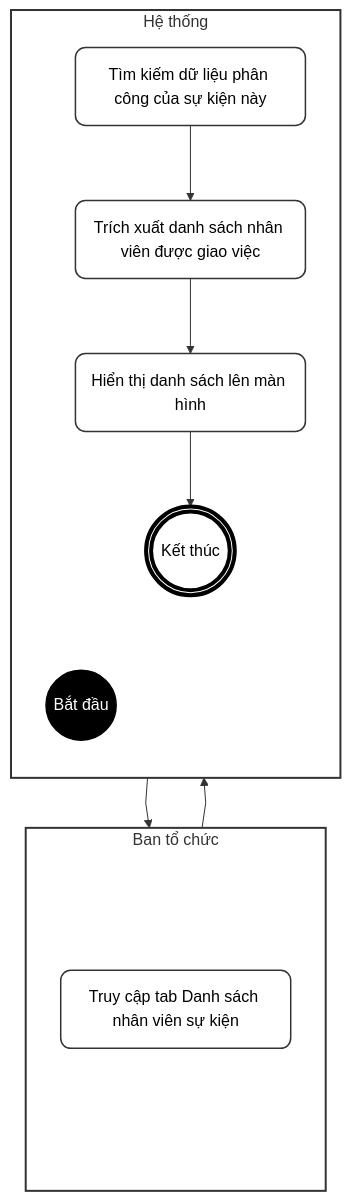
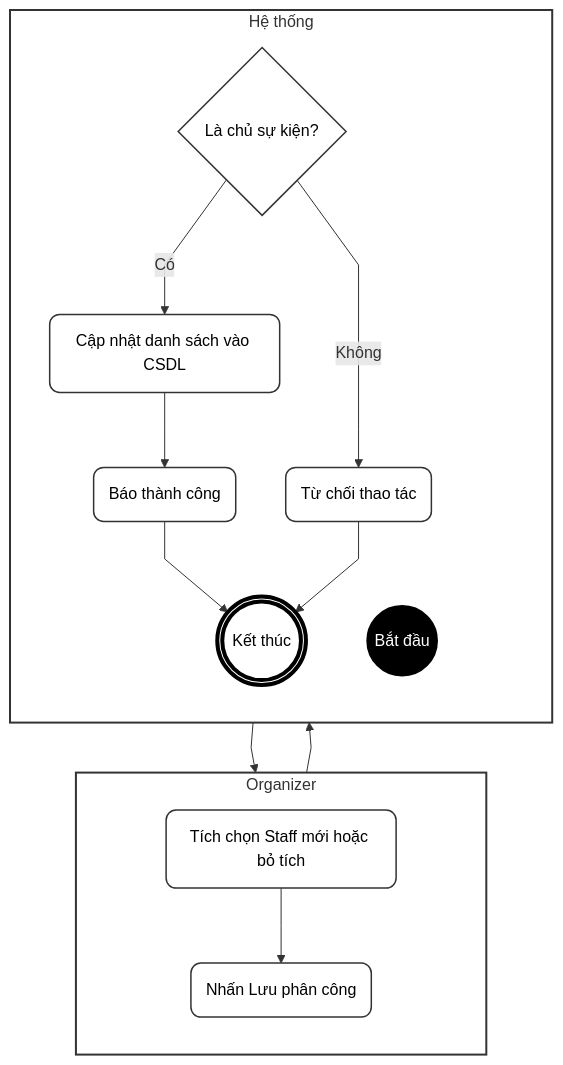
Before and after one commit to ChuDucAnh21/BE-quan-ly-su-kien: the diagram in doc/system_analysis/activity diagram/08c_activity_schedule_staff.md, drawn with Mermaid. The commit also changed other lines of this file and 14 other files, not shown here.

````diff
--- a/doc/system_analysis/activity diagram/08c_activity_schedule_staff.md
+++ b/doc/system_analysis/activity diagram/08c_activity_schedule_staff.md
@@ -66,44 +7,42 @@
 ```mermaid
 %%{init: {"flowchart": {"curve": "linear"}}}%%
 flowchart TD
     classDef default fill:#fff,stroke:#333,stroke-width:1.5px,color:#000,rx:10px,ry:10px;
     classDef startNode fill:#000,stroke:#000,color:#fff;
     classDef endNode fill:#fff,stroke:#000,stroke-width:4px,color:#000;
     classDef hidden fill:none,stroke:none,color:none;
 
-    subgraph TacNhan [Ban tổ chức]
+    subgraph Organizer [Organizer]
         direction TB
         T_start(" "):::hidden
-        A(Truy cập tab Danh sách nhân viên sự kiện)
+        A(Tích chọn Staff mới hoặc bỏ tích)
+        B(Nhấn Lưu phân công)
         T_end(" "):::hidden
     end
 
-    subgraph HeThong [Hệ thống]
+    subgraph System [Hệ thống]
         direction TB
         H_start(" "):::hidden
         Start((Bắt đầu)):::startNode
-        B(Tìm kiếm dữ liệu phân công của sự kiện này)
-        C(Trích xuất danh sách nhân viên được giao việc)
-        D(Hiển thị danh sách lên màn hình)
+        C{Là chủ sự kiện?}
+        D(Từ chối thao tác)
+        E(Cập nhật danh sách vào CSDL)
+        F(Báo thành công)
         End(((Kết thúc))):::endNode
         H_end(" "):::hidden
     end
 
     T_start ~~~ H_start
     T_end ~~~ H_end
-
-    T_start ~~~ A
-    A ~~~ T_end
-
-    H_start ~~~ Start
-    End ~~~ H_end
-
     Start --> A
     A --> B
     B --> C
-    C --> D
+    C -- Không --> D
+    C -- Có --> E
+    E --> F
+    F --> End
     D --> End
 
-    style TacNhan fill:#fff,stroke:#333,stroke-width:2px
-    style HeThong fill:#fff,stroke:#333,stroke-width:2px
+    style Organizer fill:#fff,stroke:#333,stroke-width:2px
+    style System fill:#fff,stroke:#333,stroke-width:2px
 ```
````
